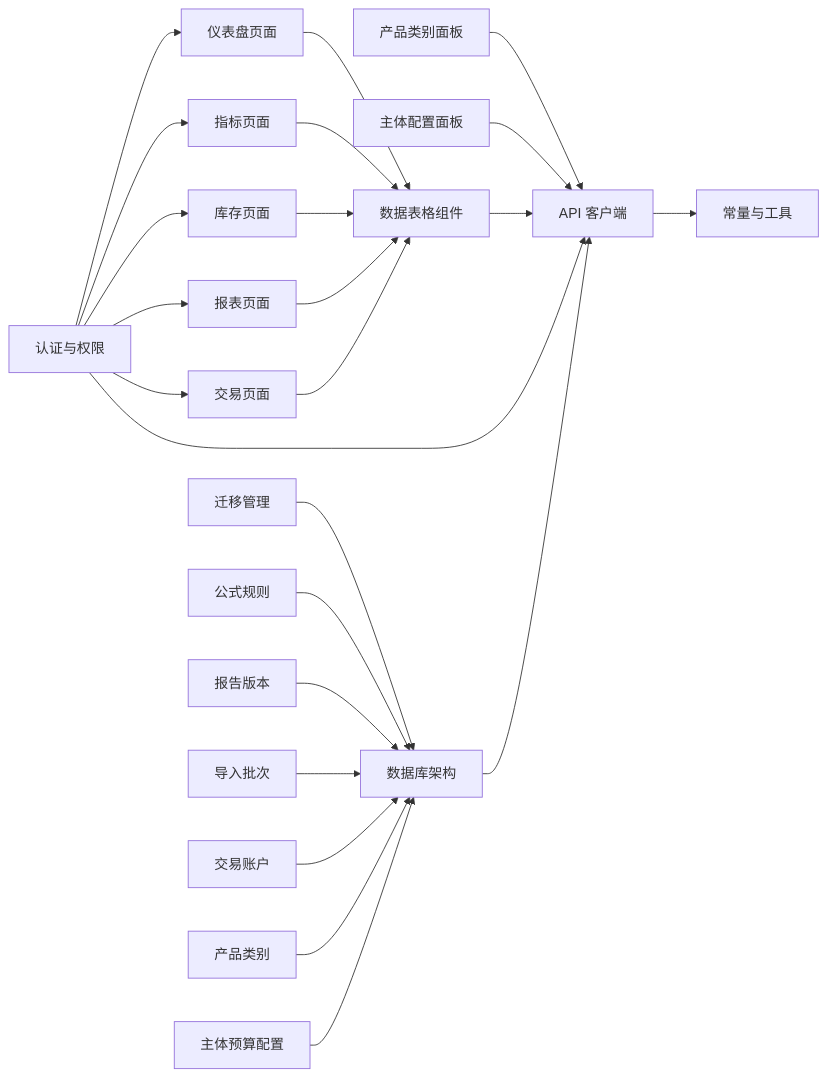
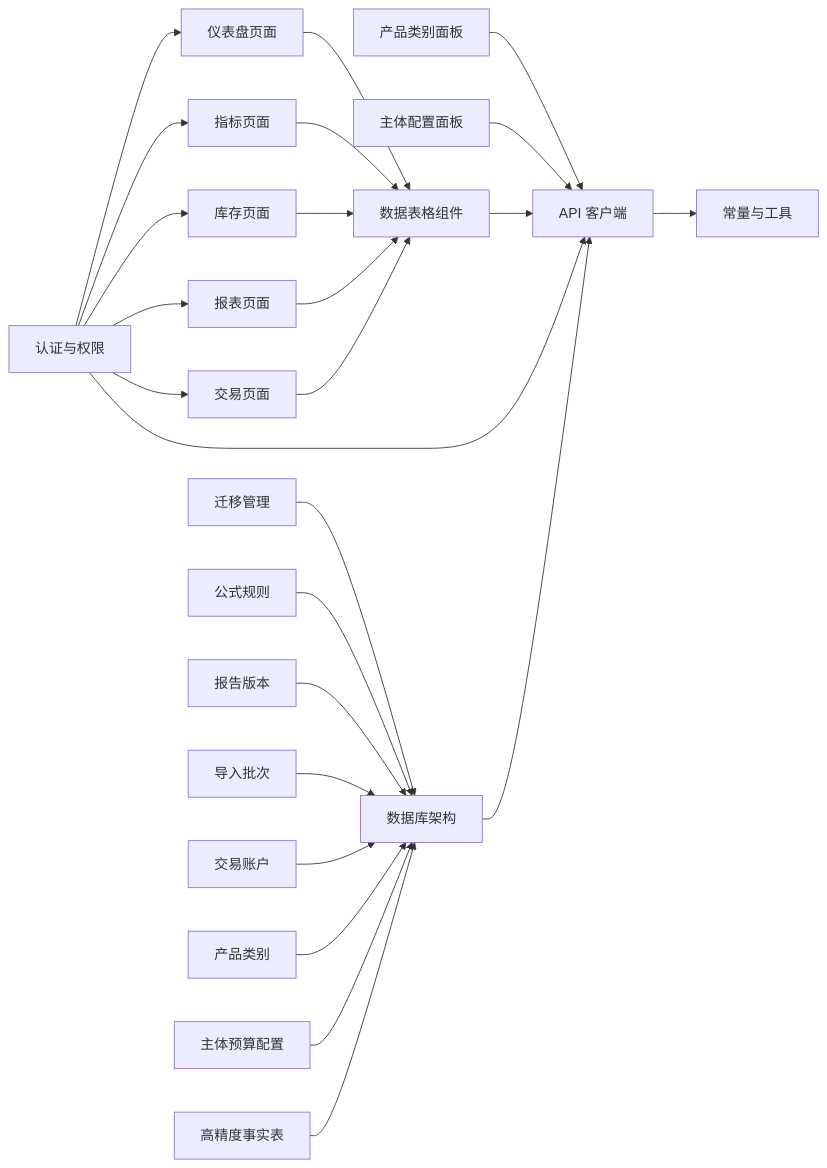
The tenth of 11 diagrams in .qoder/repowiki/zh/content/架构设计/数据库架构设计.md (Damao997/newproject), drawn with Mermaid before and after one commit. The commit also changed other lines of this file and 5 other files, not shown here.

````diff
--- a/.qoder/repowiki/zh/content/架构设计/数据库架构设计.md
+++ b/.qoder/repowiki/zh/content/架构设计/数据库架构设计.md
@@ -370,26 +487,27 @@
 ```mermaid
 graph LR
 Dashboard["仪表盘页面"] --> DataTable["数据表格组件"]
 Indicators["指标页面"] --> DataTable
 Inventory["库存页面"] --> DataTable
 Reports["报表页面"] --> DataTable
 Transactions["交易页面"] --> DataTable
 ProductCategoryPanel["产品类别面板"] --> API["API 客户端"]
 SubjectBudgetPanel["主体配置面板"] --> API
 DataTable --> API
 API --> Constants["常量与工具"]
 Auth["认证与权限"] --> API
 Auth --> Dashboard
 Auth --> Indicators
 Auth --> Inventory
 Auth --> Reports
 Auth --> Transactions
 Schema["数据库架构"] --> API
 Migration["迁移管理"] --> Schema
 FormulaRules["公式规则"] --> Schema
 ReportVersions["报告版本"] --> Schema
 ImportBatches["导入批次"] --> Schema
 TransactionAccounts["交易账户"] --> Schema
 ProductCategories["产品类别"] --> Schema
 SubjectBudgets["主体预算配置"] --> Schema
+HighPrecision["高精度事实表"] --> Schema
 ```
````
